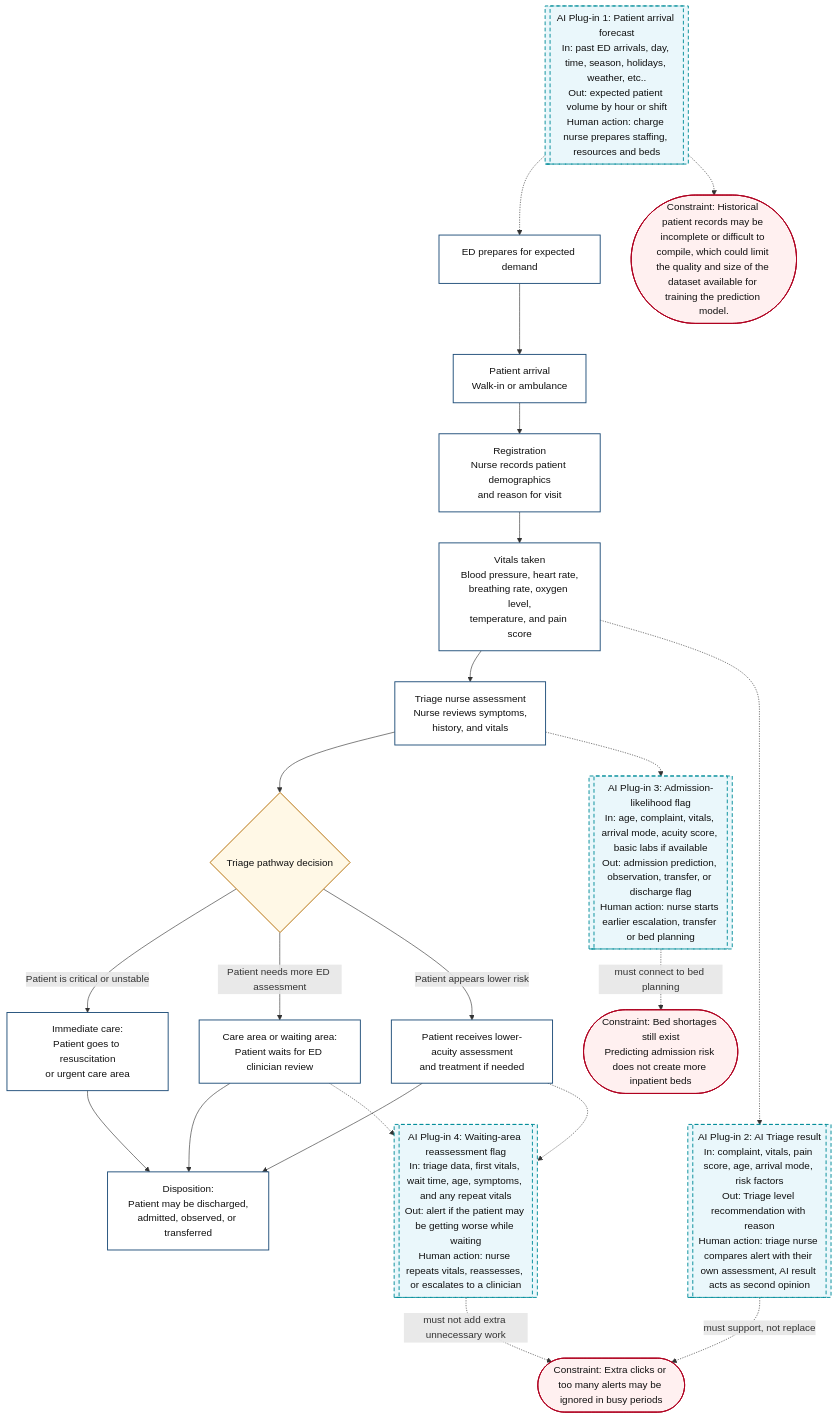
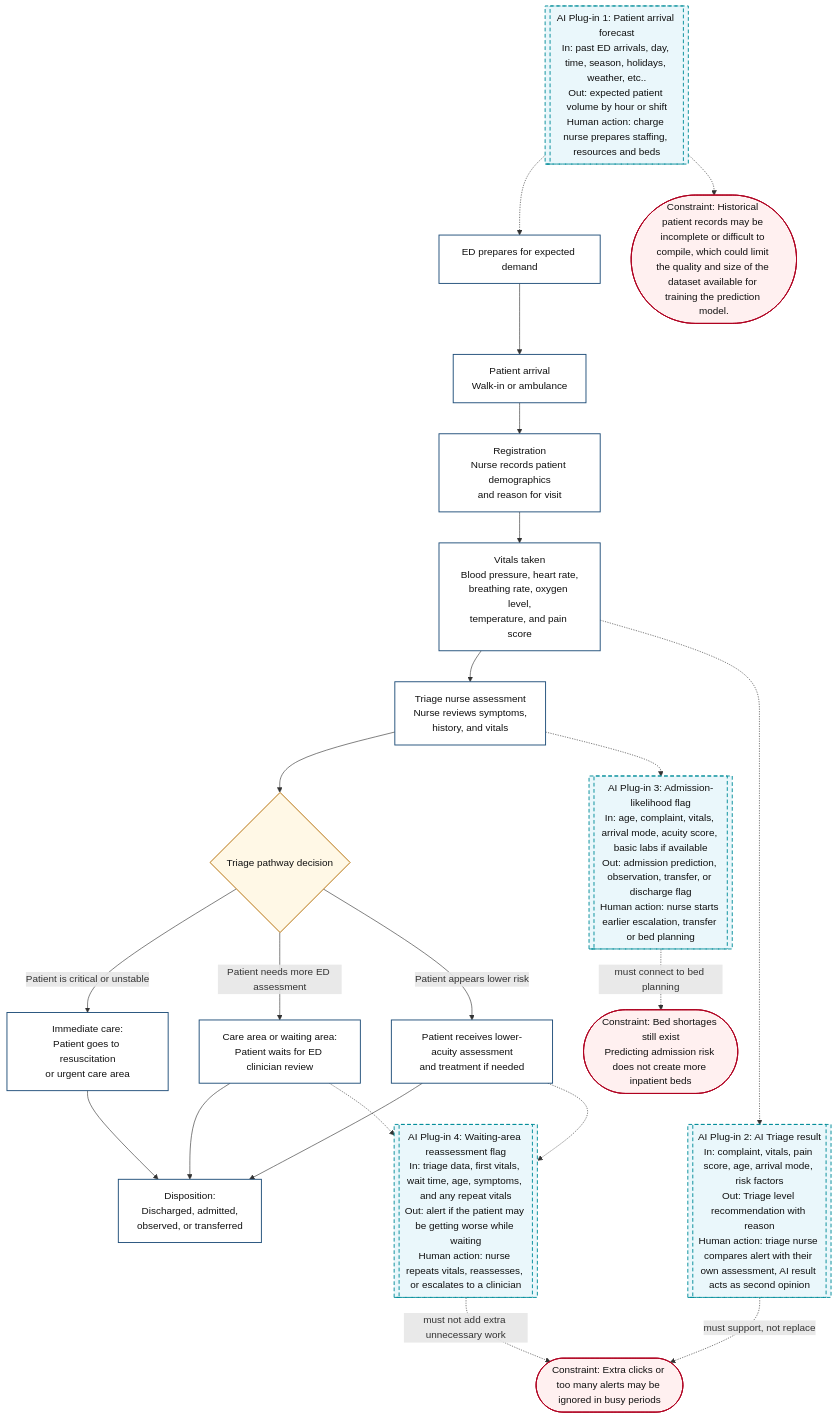
One commit to tinadams/carisurg-portfolio changed the diagram in docs/week_3_workflow_diagram.md. Above: the diagram before and after it, drawn with Mermaid.

Commit message:
Refactor disposition labels in workflow diagram

````diff
--- a/docs/week_3_workflow_diagram.md
+++ b/docs/week_3_workflow_diagram.md
@@ -1,61 +1,60 @@
 ```mermaid
 flowchart TD
 
 A[Patient arrival<br/>Walk-in or ambulance] --> B[Registration<br/>Nurse records patient demographics<br/>and reason for visit]
 
 B --> C[Vitals taken<br/>Blood pressure, heart rate,<br/>breathing rate, oxygen level,<br/>temperature, and pain score]
 
 C --> D[Triage nurse assessment<br/>Nurse reviews symptoms,<br/>history, and vitals]
 
 D --> E{Triage pathway decision}
 
 E -->|Patient is critical or unstable| F[Immediate care:<br/>Patient goes to resuscitation<br/>or urgent care area]
 
 E -->|Patient needs more ED assessment| G[Care area or waiting area:<br/>Patient waits for ED clinician review]
 
 E -->|Patient appears lower risk| H[Patient receives lower-acuity assessment<br/>and treatment if needed]
 
-H --> I[Disposition:<br/>Patient may be discharged,<br/>admitted, observed, or transferred]
-
-F --> I[Disposition:<br/>Patient may be discharged,<br/>admitted, observed, or transferred]
-
-G --> I[Disposition:<br/>Patient may be discharged,<br/>admitted, observed, or transferred]
+I[Disposition:<br/>Discharged, admitted,<br/>observed, or transferred]
+F --> I
+G --> I
+H --> I
 
 AI1[[AI Plug-in 1: Patient arrival forecast<br/>In: past ED arrivals, day, time, season, holidays, weather, etc..<br/>Out: expected patient volume by hour or shift<br/>Human action: charge nurse prepares staffing, resources and beds]]
 
 AI2[[AI Plug-in 2: AI Triage result<br/>In: complaint, vitals, pain score, age, arrival mode, risk factors<br/>Out: Triage level recommendation with reason<br/>Human action: triage nurse compares alert with their own assessment, AI result acts as second opinion]]
 
 AI3[[AI Plug-in 3: Admission-likelihood flag<br/>In: age, complaint, vitals, arrival mode, acuity score, basic labs if available<br/>Out: admission prediction, observation, transfer, or discharge flag<br/>Human action: nurse starts earlier escalation, transfer or bed planning]]
 
 AI4[[AI Plug-in 4: Waiting-area reassessment flag<br/>In: triage data, first vitals, wait time, age, symptoms, and any repeat vitals<br/>Out: alert if the patient may be getting worse while waiting<br/>Human action: nurse repeats vitals, reassesses, or escalates to a clinician]]
 
 PRE[ED prepares for expected demand]
 
 AI1 -.-> PRE
 PRE --> A
 D -.-> AI3
 C -.-> AI2
 G -.-> AI4
 H -.-> AI4
 
 C1([Constraint: Historical patient records may be incomplete or difficult to compile, which could limit the quality and size of the dataset available for training the prediction model.])
 
 C2([Constraint: Extra clicks or too many alerts may be ignored in busy periods])
 
 C3([Constraint: Bed shortages still exist<br/>Predicting admission risk does not create more inpatient beds])
 
 AI1 -.-> C1
 AI2 -. must support, not replace .-> C2
 AI3 -. must connect to bed planning .-> C3
 AI4 -. must not add extra unnecessary work .-> C2
 
 classDef process fill:#ffffff,stroke:#1f4e79,stroke-width:1.5px,color:#111;
 classDef decision fill:#fff8e6,stroke:#b36b00,stroke-width:1.5px,color:#111;
 classDef ai fill:#eaf7fb,stroke:#008c99,stroke-width:1.5px,stroke-dasharray: 6 4,color:#111;
 classDef constraint fill:#fff0f0,stroke:#b00020,stroke-width:1.5px,color:#111;
 
 class A,B,C,D,F,G,H,I,PRE process;
 class E decision;
 class AI1,AI2,AI3,AI4 ai;
 class C1,C2,C3 constraint;
 ```
````
